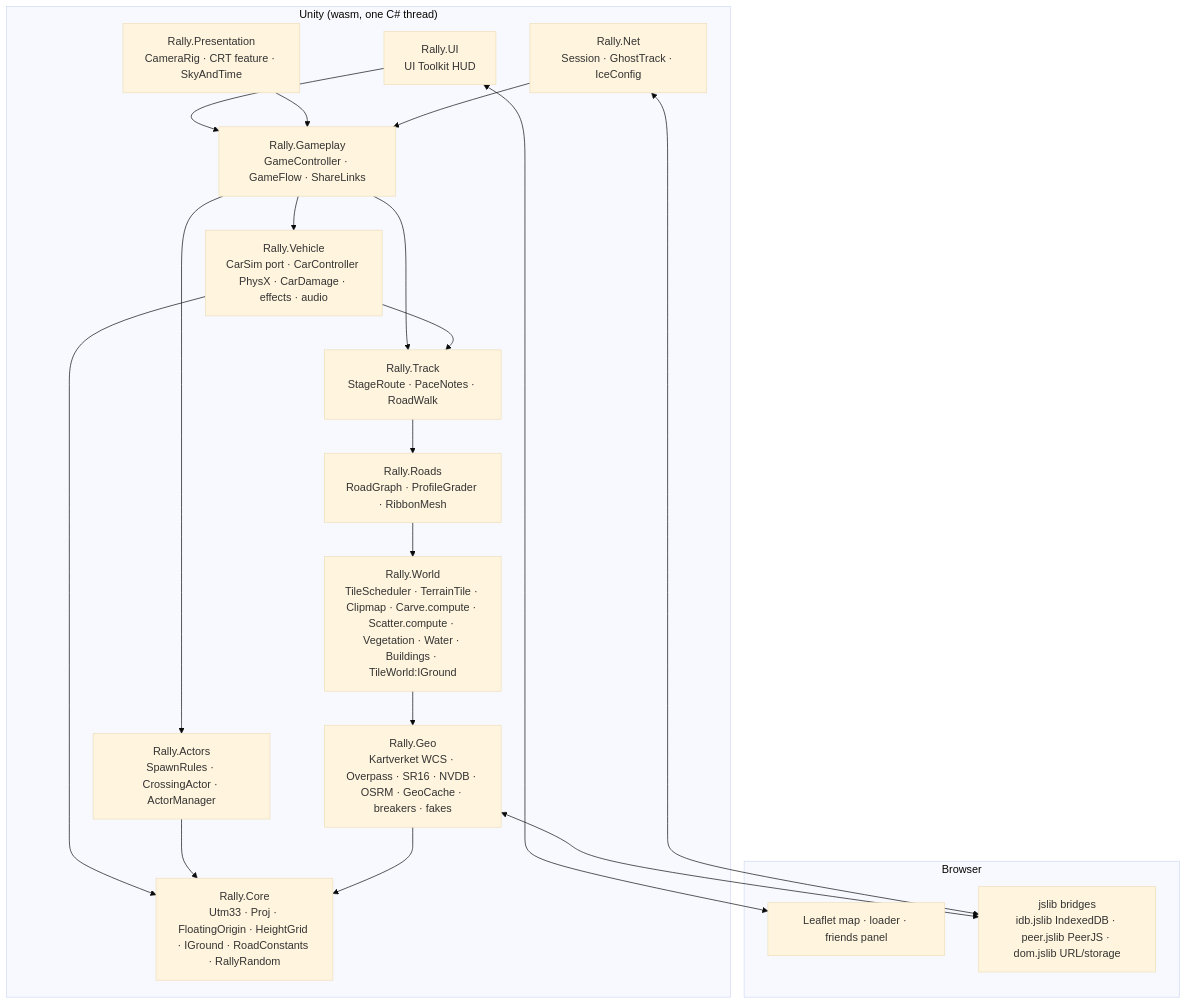
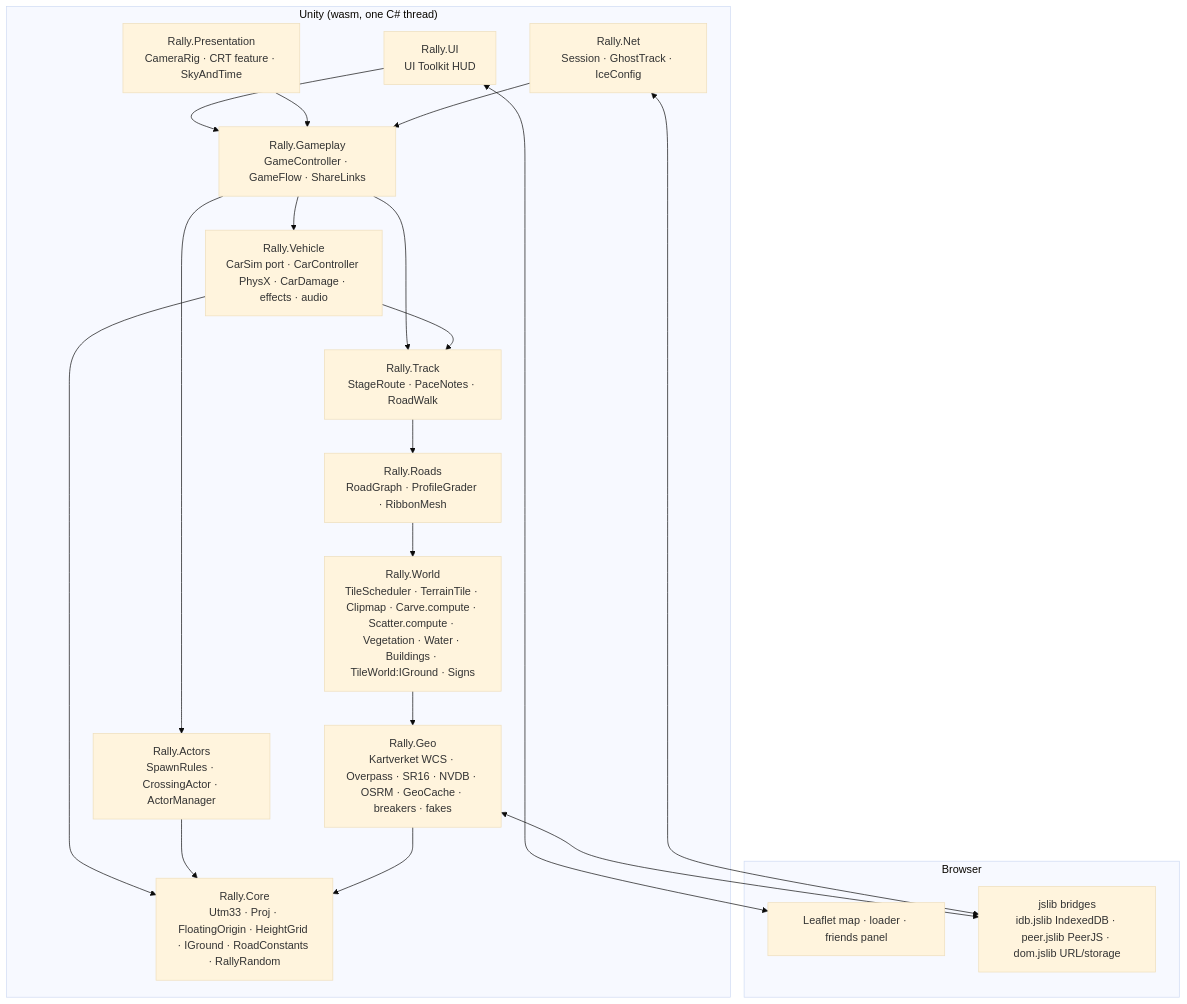
The fifth of 5 diagrams in ARCHITECTURE.md (FlipTMoan/norwayralley), drawn with Mermaid (base theme) before and after one commit. The commit also changed other lines of this file and 43 other files, not shown here.

````diff
--- a/ARCHITECTURE.md
+++ b/ARCHITECTURE.md
@@ -170,25 +170,25 @@
 ```mermaid
 flowchart TB
   subgraph Browser
     DOM[Leaflet map · loader · friends panel]
     JS[jslib bridges<br/>idb.jslib IndexedDB · peer.jslib PeerJS · dom.jslib URL/storage]
   end
   subgraph Unity["Unity (wasm, one C# thread)"]
     UI[Rally.UI<br/>UI Toolkit HUD] --> GP[Rally.Gameplay<br/>GameController · GameFlow · ShareLinks]
     PR[Rally.Presentation<br/>CameraRig · CRT feature · SkyAndTime] --> GP
     NET[Rally.Net<br/>Session · GhostTrack · IceConfig] --> GP
     GP --> VH[Rally.Vehicle<br/>CarSim port · CarController PhysX · CarDamage · effects · audio]
     GP --> AC[Rally.Actors<br/>SpawnRules · CrossingActor · ActorManager]
     GP --> TR[Rally.Track<br/>StageRoute · PaceNotes · RoadWalk]
     VH --> TR
     TR --> RD[Rally.Roads<br/>RoadGraph · ProfileGrader · RibbonMesh]
-    RD --> WD[Rally.World<br/>TileScheduler · TerrainTile · Clipmap · Carve.compute · Scatter.compute · Vegetation · Water · Buildings · TileWorld:IGround]
+    RD --> WD[Rally.World<br/>TileScheduler · TerrainTile · Clipmap · Carve.compute · Scatter.compute · Vegetation · Water · Buildings · TileWorld:IGround · Signs]
     VH --> CORE
     AC --> CORE
     WD --> GEO[Rally.Geo<br/>Kartverket WCS · Overpass · SR16 · NVDB · OSRM · GeoCache · breakers · fakes]
     GEO --> CORE[Rally.Core<br/>Utm33 · Proj · FloatingOrigin · HeightGrid · IGround · RoadConstants · RallyRandom]
   end
   GEO <--> JS
   NET <--> JS
   UI <--> DOM
 ```
````
